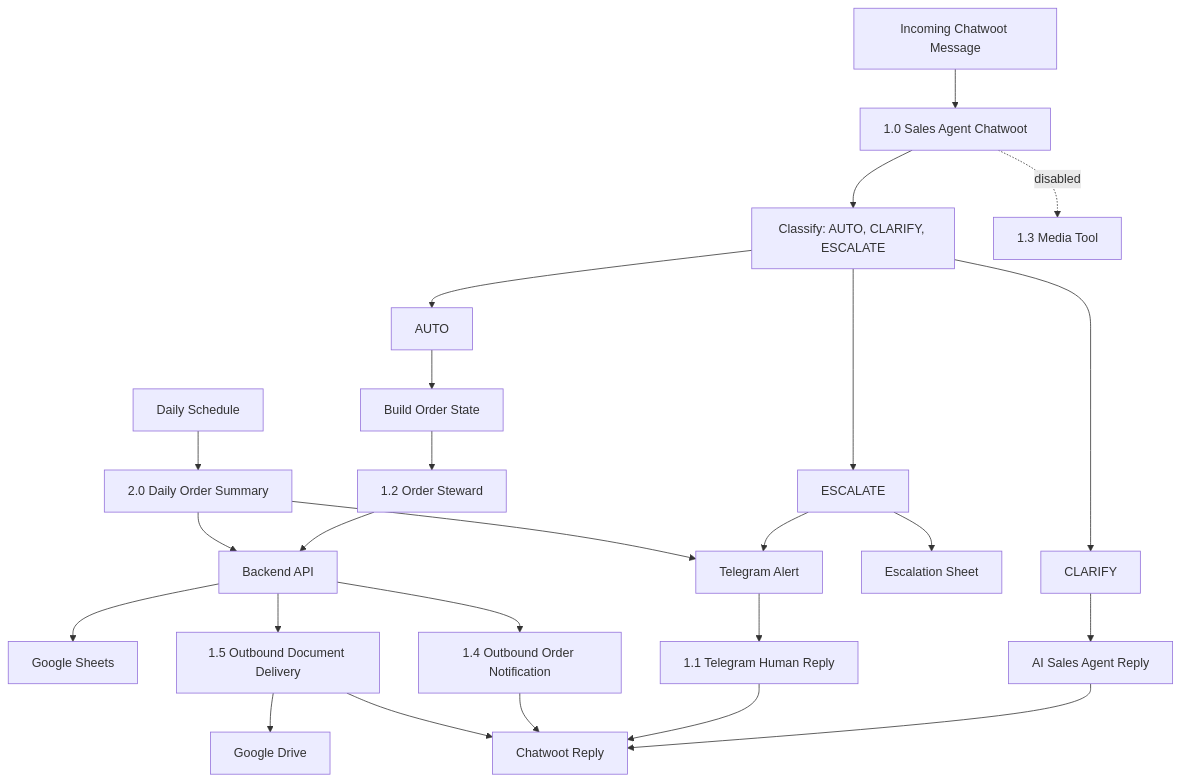
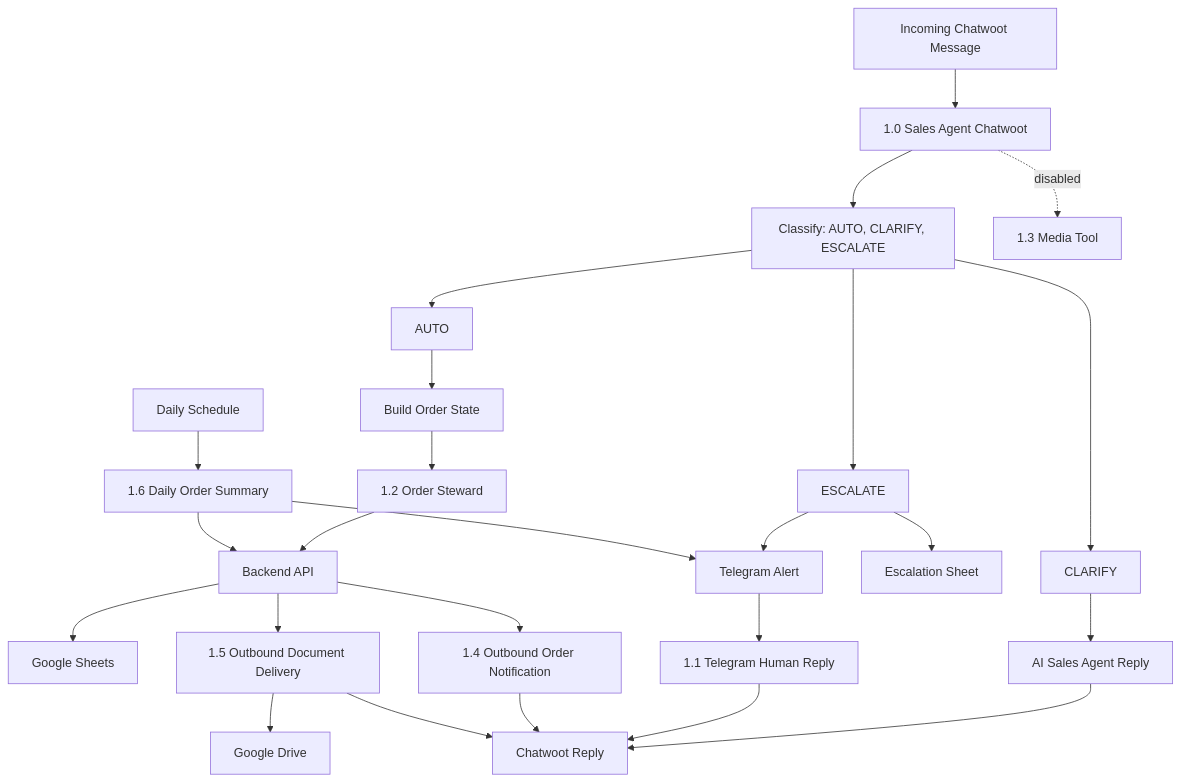
One commit to Crewless9086/amadeus-pig-tracking-system changed the diagram in docs/04-n8n/WORKFLOW_MAP.md. Above: the diagram before and after it, drawn with Mermaid. The commit also changed other lines of this file and 7 other files, not shown here.

Commit message:
Codex - Phase 2.7 - Daily Summary v2

````diff
--- a/docs/04-n8n/WORKFLOW_MAP.md
+++ b/docs/04-n8n/WORKFLOW_MAP.md
@@ -9,27 +9,27 @@
 ```mermaid
 flowchart TD
   incoming["Incoming Chatwoot Message"] --> wf10["1.0 Sales Agent Chatwoot"]
   wf10 --> classify["Classify: AUTO, CLARIFY, ESCALATE"]
   classify --> autoPath[AUTO]
   classify --> clarifyPath[CLARIFY]
   classify --> escalatePath[ESCALATE]
   autoPath --> orderState["Build Order State"]
   orderState --> wf12["1.2 Order Steward"]
   wf12 --> backend["Backend API"]
   backend --> sheets["Google Sheets"]
   clarifyPath --> salesAgent["AI Sales Agent Reply"]
   salesAgent --> chatwootReply["Chatwoot Reply"]
   escalatePath --> handoffSheet["Escalation Sheet"]
   escalatePath --> telegramAlert["Telegram Alert"]
   telegramAlert --> wf11["1.1 Telegram Human Reply"]
   wf11 --> chatwootReply
   wf10 -. disabled .-> wf13["1.3 Media Tool"]
   backend --> wf14["1.4 Outbound Order Notification"]
   wf14 --> chatwootReply
   backend --> wf15["1.5 Outbound Document Delivery"]
   wf15 --> googleDrive["Google Drive"]
   wf15 --> chatwootReply
-  schedule["Daily Schedule"] --> wf20["2.0 Daily Order Summary"]
+  schedule["Daily Schedule"] --> wf20["1.6 Daily Order Summary"]
   wf20 --> backend
   wf20 --> telegramAlert
 ```
````
